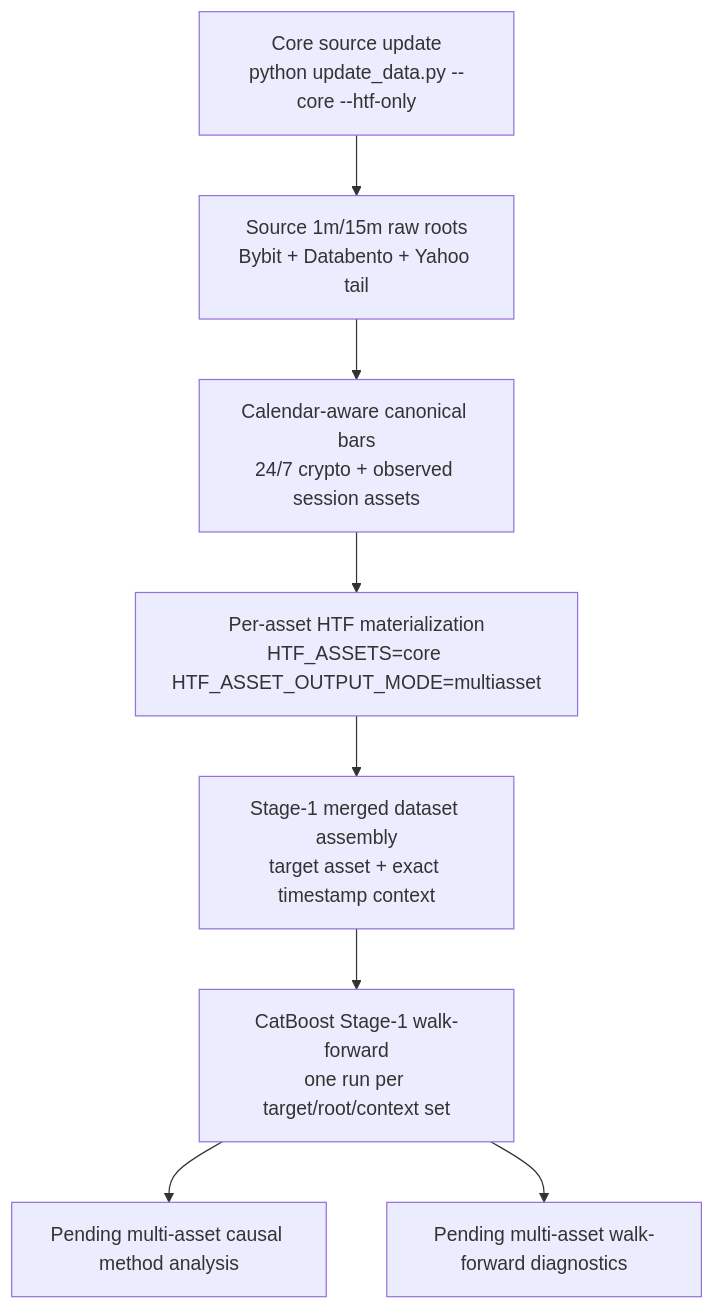
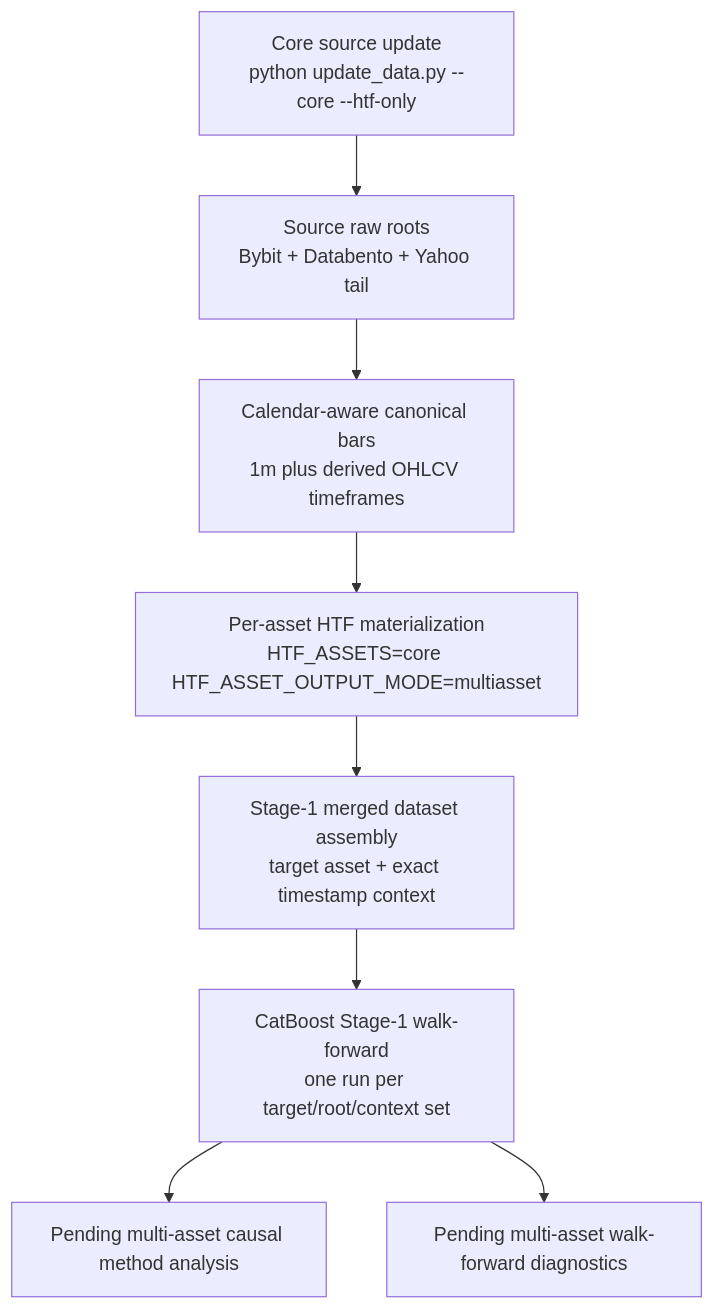
Before and after one commit to Pr3ez/RiskYieldMM: the diagram in README.md, drawn with Mermaid. The commit also changed other lines of this file and 32 other files, not shown here.

````diff
--- a/README.md
+++ b/README.md
@@ -376,10 +376,10 @@
 ```mermaid
 flowchart TD
-    A["Core source update<br/>python update_data.py --core --htf-only"] --> B["Source 1m/15m raw roots<br/>Bybit + Databento + Yahoo tail"]
-    B --> C["Calendar-aware canonical bars<br/>24/7 crypto + observed session assets"]
+    A["Core source update<br/>python update_data.py --core --htf-only"] --> B["Source raw roots<br/>Bybit + Databento + Yahoo tail"]
+    B --> C["Calendar-aware canonical bars<br/>1m plus derived OHLCV timeframes"]
     C --> D["Per-asset HTF materialization<br/>HTF_ASSETS=core HTF_ASSET_OUTPUT_MODE=multiasset"]
     D --> E["Stage-1 merged dataset assembly<br/>target asset + exact timestamp context"]
     E --> F["CatBoost Stage-1 walk-forward<br/>one run per target/root/context set"]
     F --> G["Pending multi-asset causal method analysis"]
     F --> H["Pending multi-asset walk-forward diagnostics"]
 ```
````
